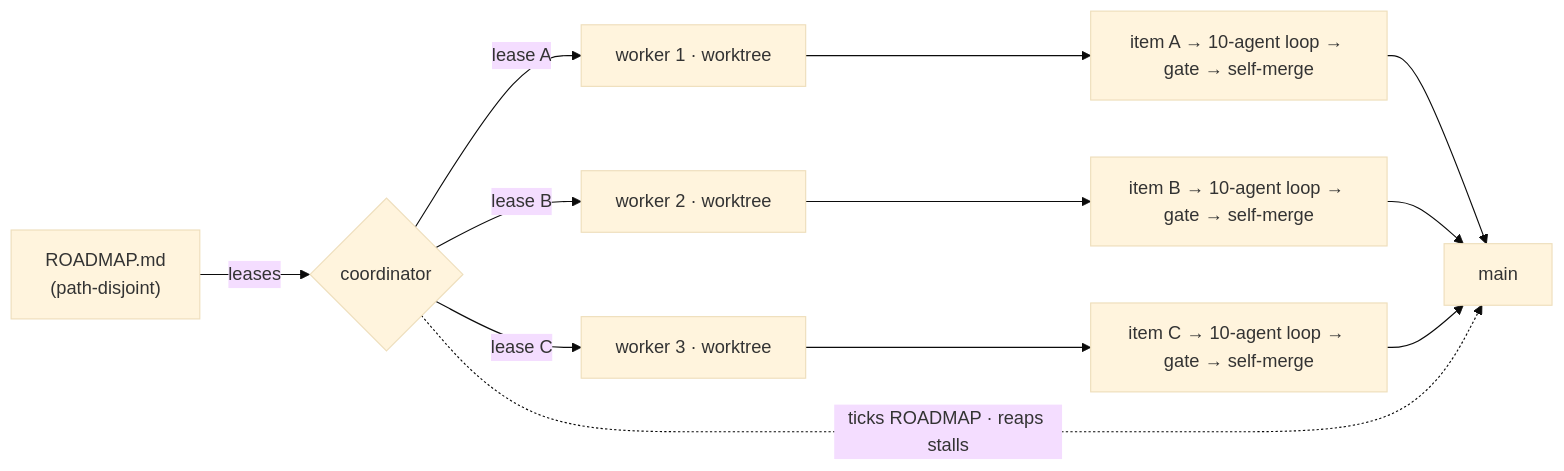
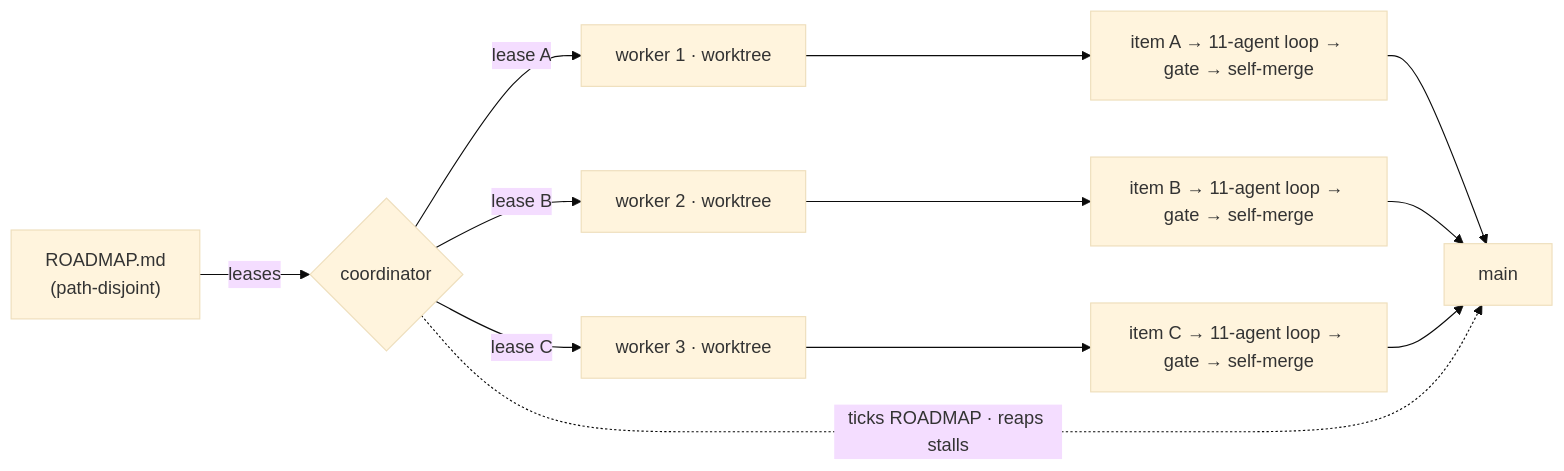
Before and after one commit to buagi/ace: the diagram in docs/swarm.md, drawn with Mermaid (base theme). The commit also changed other lines of this file and 9 other files, not shown here.

````diff
--- a/docs/swarm.md
+++ b/docs/swarm.md
@@ -19,14 +19,14 @@
 ```mermaid
 flowchart LR
   R["ROADMAP.md<br/>(path-disjoint)"] -->|leases| C{coordinator}
   C -->|lease A| W1["worker 1 · worktree"]
   C -->|lease B| W2["worker 2 · worktree"]
   C -->|lease C| W3["worker 3 · worktree"]
-  W1 --> L1["item A → 10-agent loop → gate → self-merge"]
-  W2 --> L2["item B → 10-agent loop → gate → self-merge"]
-  W3 --> L3["item C → 10-agent loop → gate → self-merge"]
+  W1 --> L1["item A → 11-agent loop → gate → self-merge"]
+  W2 --> L2["item B → 11-agent loop → gate → self-merge"]
+  W3 --> L3["item C → 11-agent loop → gate → self-merge"]
   L1 --> M["main"]
   L2 --> M
   L3 --> M
   C -.->|ticks ROADMAP · reaps stalls| M
 ```
````
